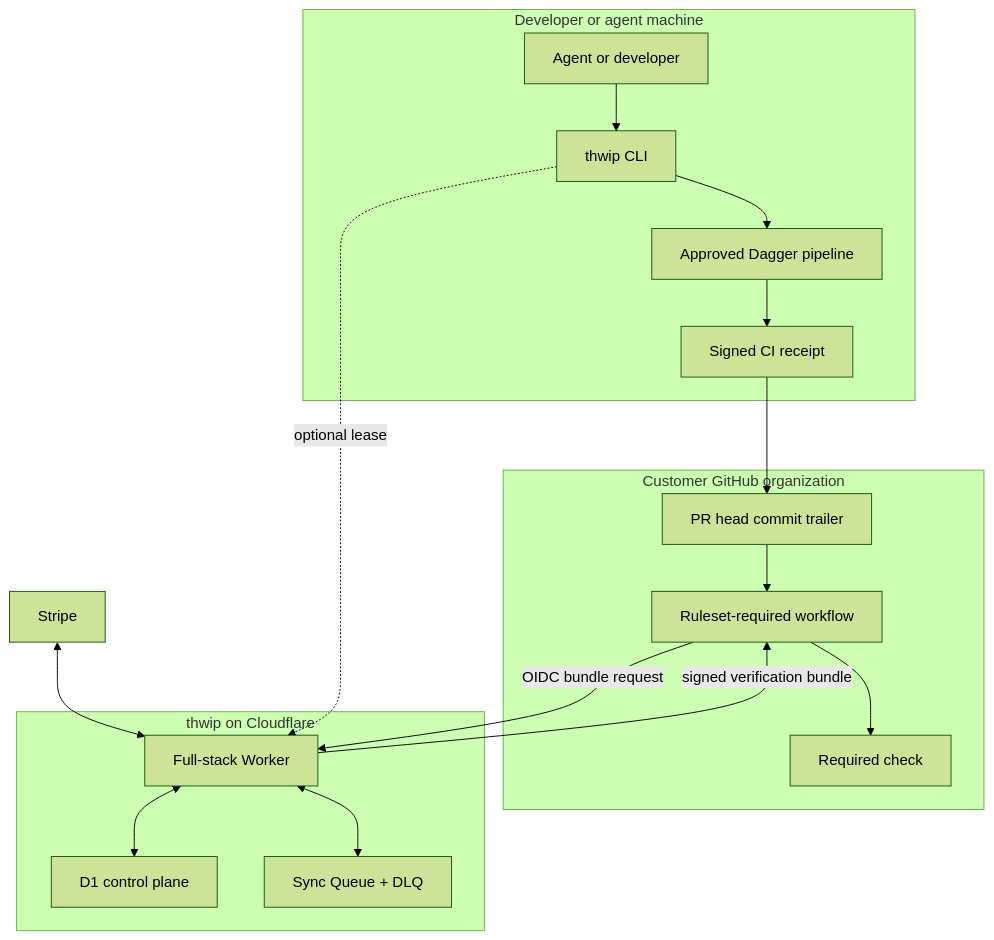
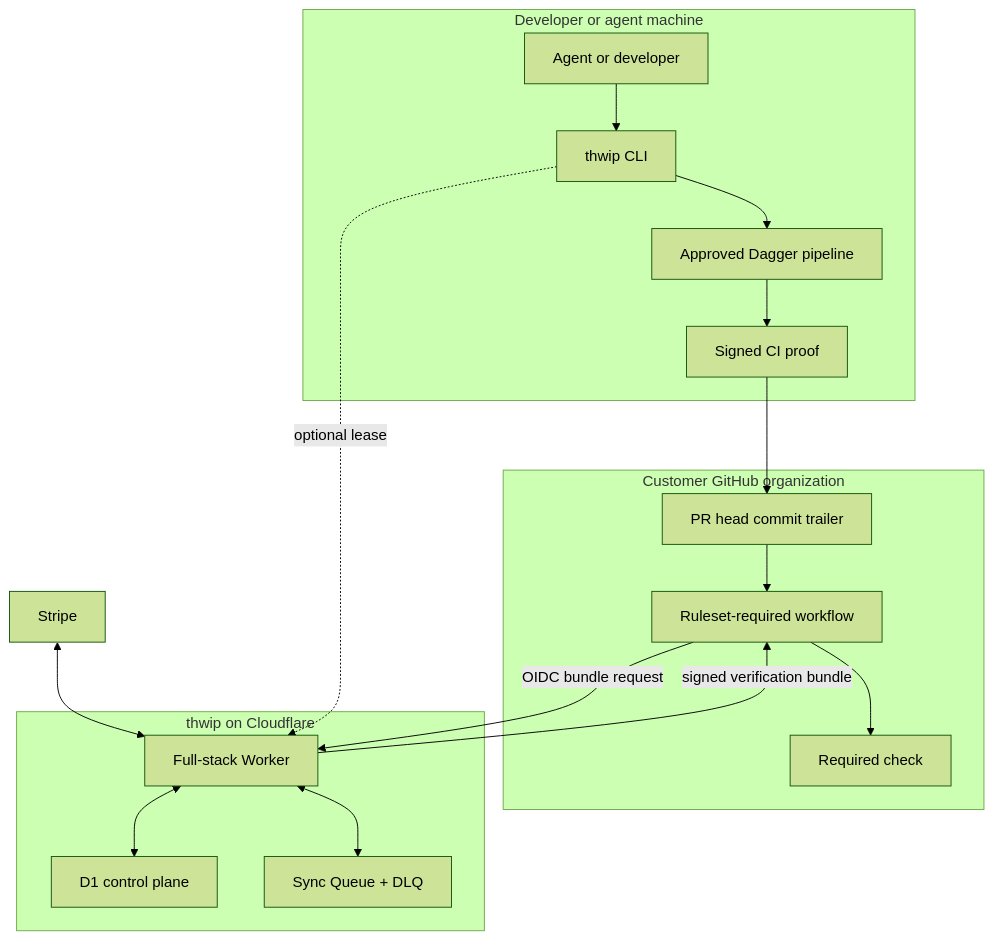
One commit to recallnet/thwip changed the second of 6 diagrams in plan.md. Above: the diagram before and after it, drawn with Mermaid (forest theme). The commit also changed other lines of this file and 22 other files, not shown here.

````diff
--- a/plan.md
+++ b/plan.md
@@ -412,24 +412,24 @@
 ```mermaid
 flowchart TD
   subgraph Local["Developer or agent machine"]
     Agent["Agent or developer"] --> CLI["thwip CLI"]
     CLI --> Dagger["Approved Dagger pipeline"]
-    Dagger --> Receipt["Signed CI receipt"]
+    Dagger --> Proof["Signed CI proof"]
   end
 
   subgraph GitHub["Customer GitHub organization"]
     Commit["PR head commit trailer"] --> Workflow["Ruleset-required workflow"]
     Workflow --> Check["Required check"]
   end
 
   subgraph Edge["thwip on Cloudflare"]
     Worker["Full-stack Worker"] <--> D1["D1 control plane"]
     Worker <--> Queue["Sync Queue + DLQ"]
   end
 
   Stripe["Stripe"] <--> Worker
-  Receipt --> Commit
+  Proof --> Commit
   CLI -. "optional lease" .-> Worker
   Workflow -->|"OIDC bundle request"| Worker
   Worker -->|"signed verification bundle"| Workflow
 ```
````
